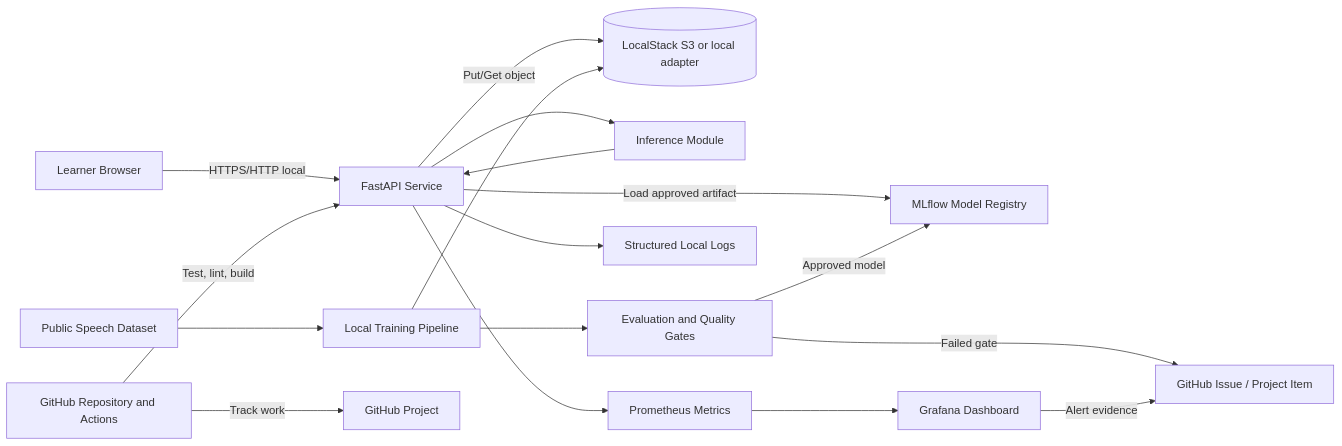
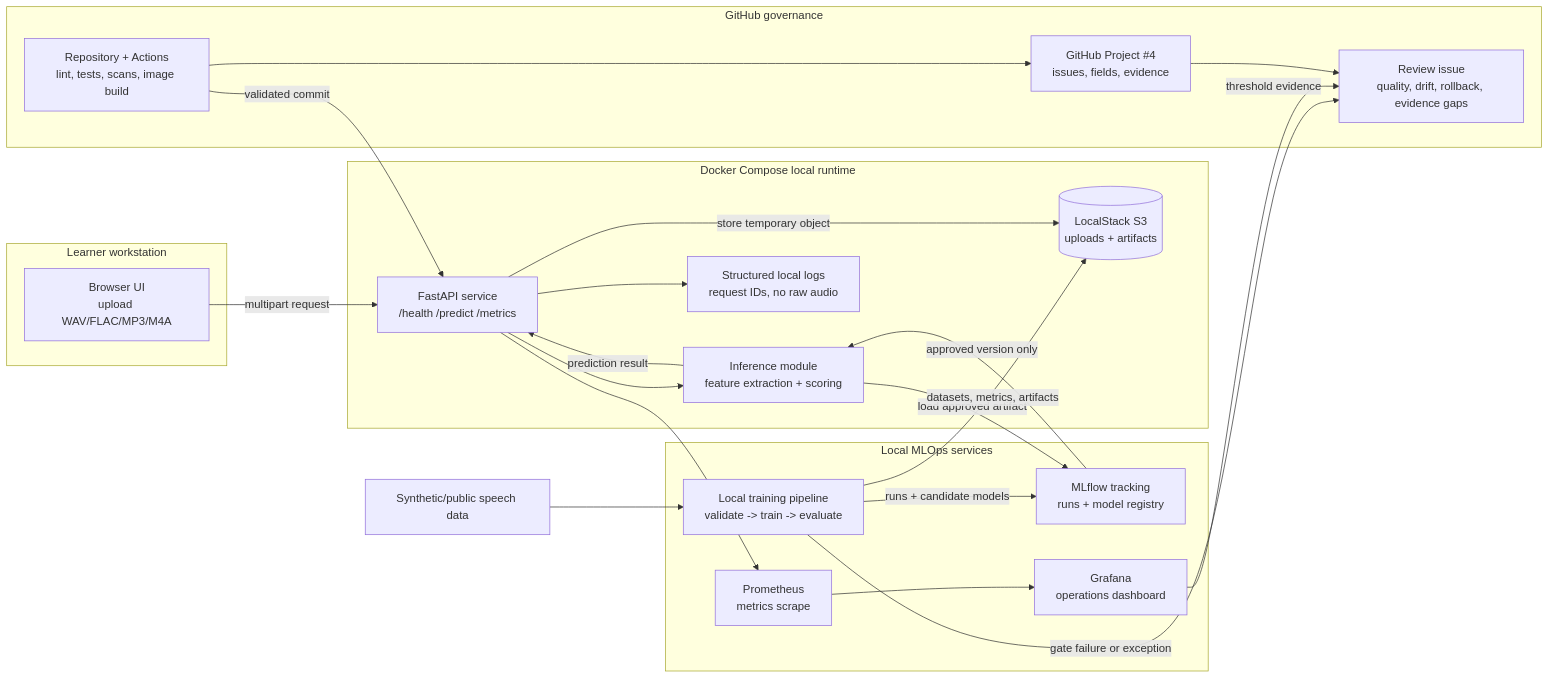
The first of 6 diagrams in FluentEdge_Sprint2_Design_and_Requirements_Specification.md (DanielAndi/fluentedge), drawn with Mermaid before and after one commit. The commit also changed other lines of this file and 14 other files, not shown here.

````diff
--- a/FluentEdge_Sprint2_Design_and_Requirements_Specification.md
+++ b/FluentEdge_Sprint2_Design_and_Requirements_Specification.md
@@ -194,21 +193,44 @@
 ```mermaid
 flowchart LR
-    U[Learner Browser] -->|HTTPS/HTTP local| API[FastAPI Service]
-    API -->|Put/Get object| S3[(LocalStack S3 or local adapter)]
-    API -->|Load approved artifact| REG[MLflow Model Registry]
-    API --> INF[Inference Module]
-    INF --> API
-    API --> MET[Prometheus Metrics]
-    MET --> GRAF[Grafana Dashboard]
-    API --> LOG[Structured Local Logs]
+    subgraph Client["Learner workstation"]
+        U["Browser UI<br/>upload WAV/FLAC/MP3/M4A"]
+    end
 
-    DATA[Public Speech Dataset] --> PIPE[Local Training Pipeline]
-    PIPE --> S3
-    PIPE --> EVAL[Evaluation and Quality Gates]
-    EVAL -->|Approved model| REG
-    EVAL -->|Failed gate| ISSUE[GitHub Issue / Project Item]
-    GRAF -->|Alert evidence| ISSUE
+    subgraph Runtime["Docker Compose local runtime"]
+        API["FastAPI service<br/>/health /predict /metrics"]
+        INF["Inference module<br/>feature extraction + scoring"]
+        S3[("LocalStack S3<br/>uploads + artifacts")]
+        LOG["Structured local logs<br/>request IDs, no raw audio"]
+    end
 
-    GH[GitHub Repository and Actions] -->|Test, lint, build| API
-    GH -->|Track work| PROJ[GitHub Project]
+    subgraph MLOps["Local MLOps services"]
+        PIPE["Local training pipeline<br/>validate -> train -> evaluate"]
+        REG["MLflow tracking<br/>runs + model registry"]
+        MET["Prometheus<br/>metrics scrape"]
+        GRAF["Grafana<br/>operations dashboard"]
+    end
+
+    subgraph Governance["GitHub governance"]
+        GH["Repository + Actions<br/>lint, tests, scans, image build"]
+        PROJ["GitHub Project #4<br/>issues, fields, evidence"]
+        ISSUE["Review issue<br/>quality, drift, rollback, evidence gaps"]
+    end
+
+    DATA["Synthetic/public speech data"] --> PIPE
+    U -->|"multipart request"| API
+    API -->|"store temporary object"| S3
+    API --> INF
+    INF -->|"load approved artifact"| REG
+    INF -->|"prediction result"| API
+    API --> LOG
+    API --> MET
+    MET --> GRAF
+    PIPE -->|"datasets, metrics, artifacts"| S3
+    PIPE -->|"runs + candidate models"| REG
+    REG -->|"approved version only"| INF
+    PIPE -->|"gate failure or exception"| ISSUE
+    GRAF -->|"threshold evidence"| ISSUE
+    GH -->|"validated commit"| API
+    GH --> PROJ
+    PROJ --> ISSUE
 ```
````
